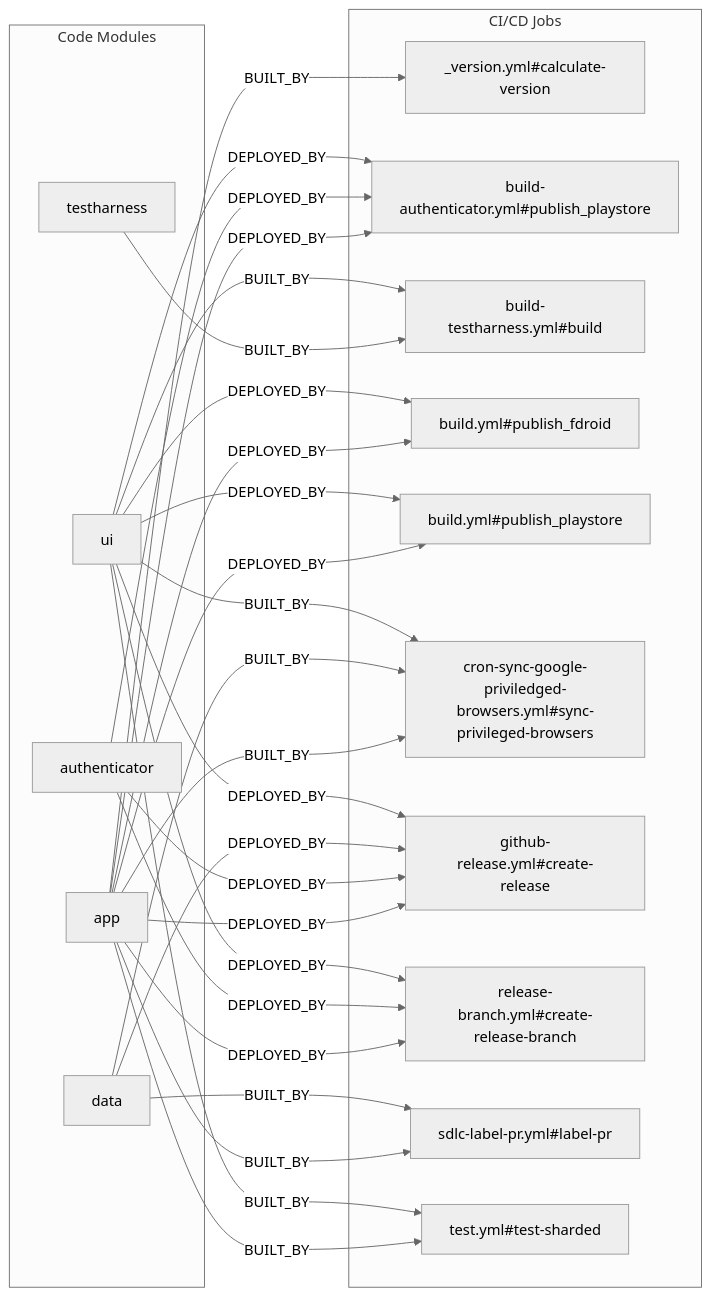
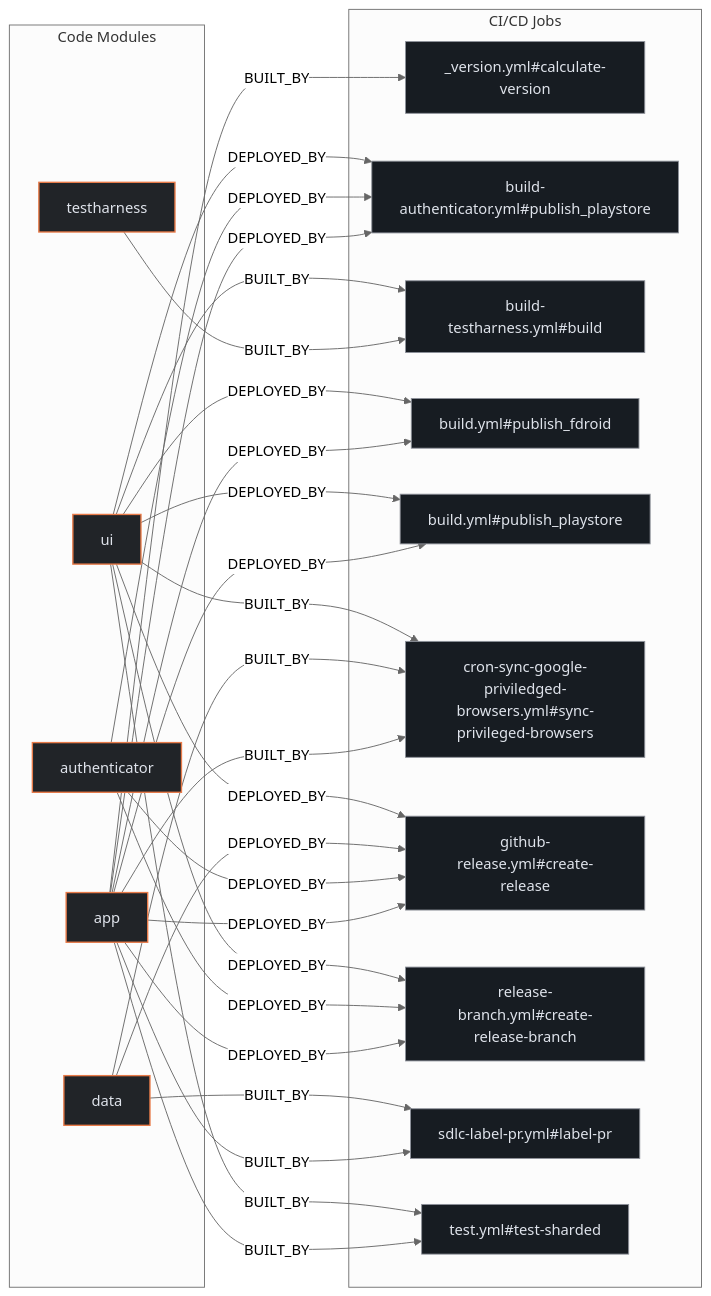
One commit to kumarshaz/atruss-code-atlas changed the second of 3 diagrams in exports/latest/reports/bitwarden-android-report.md. Above: the diagram before and after it, drawn with Mermaid (neutral theme). The commit also changed other lines of this file and 331 other files, not shown here.

Commit message:
docs,ui,fix: update SDLC docs, reorder CI/CD DAG first, stylize Mermaid, and fix Arc42 pipeline topology

````diff
--- a/exports/latest/reports/bitwarden-android-report.md
+++ b/exports/latest/reports/bitwarden-android-report.md
@@ -102,46 +109,50 @@
 ```mermaid
 flowchart LR
+    classDef atlasCategory fill:#212428,stroke:#E87A48,stroke-width:1.5px,color:#dfe3eb
+    classDef atlasWorkflow fill:#1b2026,stroke:#a3c9ff,stroke-width:1.5px,color:#dfe3eb
+    classDef atlasJob fill:#171c22,stroke:#8d9199,stroke-width:1px,color:#dfe3eb
+    classDef atlasTarget fill:#005227,stroke:#8bd99b,stroke-width:1.5px,color:#a7f6b6
     subgraph code_modules["Code Modules"]
-        mod_app["app"]
-        mod_authenticator["authenticator"]
-        mod_data["data"]
-        mod_testharness["testharness"]
-        mod_ui["ui"]
+        mod_app["app"]:::atlasCategory
+        mod_authenticator["authenticator"]:::atlasCategory
+        mod_data["data"]:::atlasCategory
+        mod_testharness["testharness"]:::atlasCategory
+        mod_ui["ui"]:::atlasCategory
     end
     subgraph ci_jobs["CI/CD Jobs"]
-        job__version_yml_calculate_version["_version.yml#calculate-version"]
-        job_build_authenticator_yml_publish_playstore["build-authenticator.yml#publish_playstore"]
-        job_build_testharness_yml_build["build-testharness.yml#build"]
-        job_build_yml_publish_fdroid["build.yml#publish_fdroid"]
-        job_build_yml_publish_playstore["build.yml#publish_playstore"]
-        job_cron_sync_google_priviledged_browsers_yml_sync_privileged_browsers["cron-sync-google-priviledged-browsers.yml#sync-privileged-browsers"]
-        job_github_release_yml_create_release["github-release.yml#create-release"]
-        job_release_branch_yml_create_release_branch["release-branch.yml#create-release-branch"]
-        job_sdlc_label_pr_yml_label_pr["sdlc-label-pr.yml#label-pr"]
-        job_test_yml_test_sharded["test.yml#test-sharded"]
+        job__version_yml_calculate_version["_version.yml#calculate-version"]:::atlasJob
+        job_build_authenticator_yml_publish_playstore["build-authenticator.yml#publish_playstore"]:::atlasJob
+        job_build_testharness_yml_build["build-testharness.yml#build"]:::atlasJob
+        job_build_yml_publish_fdroid["build.yml#publish_fdroid"]:::atlasJob
+        job_build_yml_publish_playstore["build.yml#publish_playstore"]:::atlasJob
+        job_cron_sync_google_priviledged_browsers_yml_sync_privileged_browsers["cron-sync-google-priviledged-browsers.yml#sync-privileged-browsers"]:::atlasJob
+        job_github_release_yml_create_release["github-release.yml#create-release"]:::atlasJob
+        job_release_branch_yml_create_release_branch["release-branch.yml#create-release-branch"]:::atlasJob
+        job_sdlc_label_pr_yml_label_pr["sdlc-label-pr.yml#label-pr"]:::atlasJob
+        job_test_yml_test_sharded["test.yml#test-sharded"]:::atlasJob
     end
     mod_app -->|BUILT_BY| job__version_yml_calculate_version
     mod_app -->|BUILT_BY| job_cron_sync_google_priviledged_browsers_yml_sync_privileged_browsers
     mod_app -->|BUILT_BY| job_sdlc_label_pr_yml_label_pr
     mod_app -->|BUILT_BY| job_test_yml_test_sharded
     mod_app -->|DEPLOYED_BY| job_build_authenticator_yml_publish_playstore
     mod_app -->|DEPLOYED_BY| job_build_yml_publish_fdroid
     mod_app -->|DEPLOYED_BY| job_build_yml_publish_playstore
     mod_app -->|DEPLOYED_BY| job_github_release_yml_create_release
     mod_app -->|DEPLOYED_BY| job_release_branch_yml_create_release_branch
     mod_authenticator -->|DEPLOYED_BY| job_build_authenticator_yml_publish_playstore
     mod_authenticator -->|DEPLOYED_BY| job_github_release_yml_create_release
     mod_authenticator -->|DEPLOYED_BY| job_release_branch_yml_create_release_branch
     mod_data -->|BUILT_BY| job_cron_sync_google_priviledged_browsers_yml_sync_privileged_browsers
     mod_data -->|BUILT_BY| job_sdlc_label_pr_yml_label_pr
     mod_data -->|DEPLOYED_BY| job_github_release_yml_create_release
     mod_testharness -->|BUILT_BY| job_build_testharness_yml_build
     mod_ui -->|BUILT_BY| job_build_testharness_yml_build
     mod_ui -->|BUILT_BY| job_cron_sync_google_priviledged_browsers_yml_sync_privileged_browsers
     mod_ui -->|BUILT_BY| job_test_yml_test_sharded
     mod_ui -->|DEPLOYED_BY| job_build_authenticator_yml_publish_playstore
     mod_ui -->|DEPLOYED_BY| job_build_yml_publish_fdroid
     mod_ui -->|DEPLOYED_BY| job_build_yml_publish_playstore
     mod_ui -->|DEPLOYED_BY| job_github_release_yml_create_release
     mod_ui -->|DEPLOYED_BY| job_release_branch_yml_create_release_branch
 ```
````
